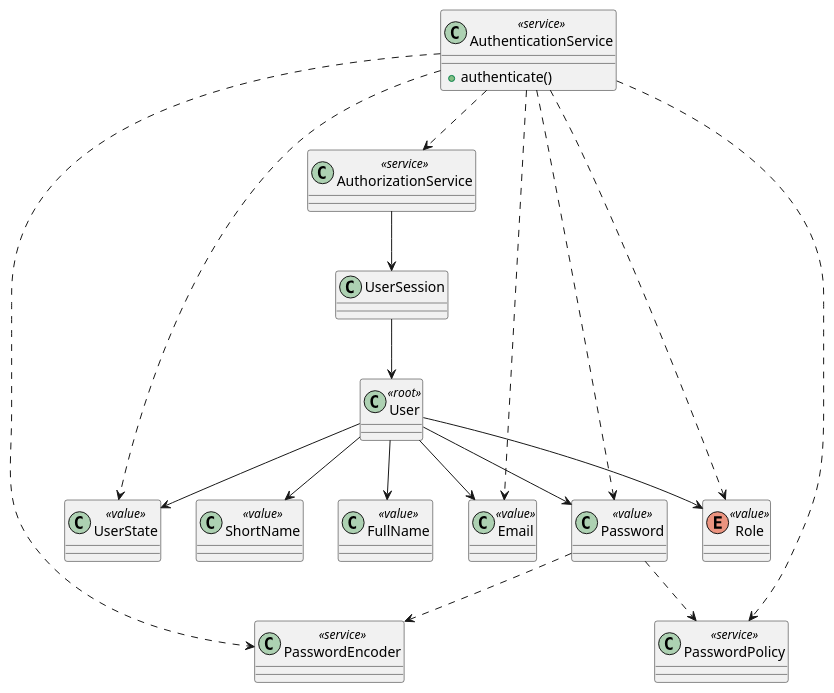
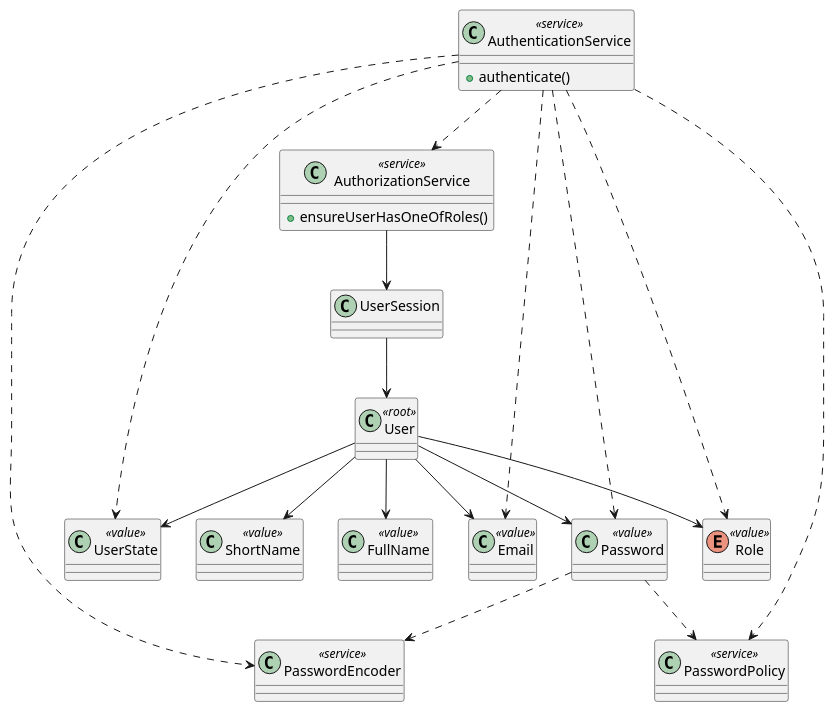
Before and after one commit to brunacosta03/sem4pi_22_23: the diagram in docs/SPRINT A/US_G006/Design/Class_Diagram.puml, drawn with PlantUML.

Commit message:
docs: slight correction on the auth component class diagram #5

```diff
--- a/docs/SPRINT A/US_G006/Design/Class_Diagram.puml
+++ b/docs/SPRINT A/US_G006/Design/Class_Diagram.puml
@@ -1,78 +1,79 @@
 @startuml
 
 
 ' Services
 class AuthenticationService <<service>> {
     + authenticate()
 }
 
 class AuthorizationService <<service>> {
+    + ensureUserHasOneOfRoles()
 }
 
 class PasswordEncoder <<service>> {
 }
 
 class PasswordPolicy <<service>> {
 }
 
 class UserSession {
 }
 
 
 ' User aggregate
 class User <<root>> {
 }
 
 class UserState <<value>> {
 }
 
 class ShortName <<value>> {
 }
 
 class FullName <<value>> {
 }
 
 class Email <<value>> {
 }
 
 class Password <<value>> {
 }
 
 enum Role <<value>> {
 }
 
 
 
 ' User value objects
 User --> ShortName
 User --> FullName
 User --> Email
 User --> Password
 User --> UserState
 User --> Role
 
 ' What does authentication use?
 AuthenticationService ..> AuthorizationService
 AuthenticationService ..> Email
 AuthenticationService ..> Password
 AuthenticationService ..> UserState
 AuthenticationService ..> Role
 AuthenticationService ..> PasswordPolicy
 AuthenticationService ..> PasswordEncoder
 
 ' What does authorization have?
 AuthorizationService --> UserSession
 
 ' What does a user session have?
 UserSession --> User
 
 ' What does a password use?
 ' (Since it has business logic rules and can't be directly be persisted)
 Password ..> PasswordPolicy
 Password ..> PasswordEncoder
 
 
 
 
 
 @enduml
```
